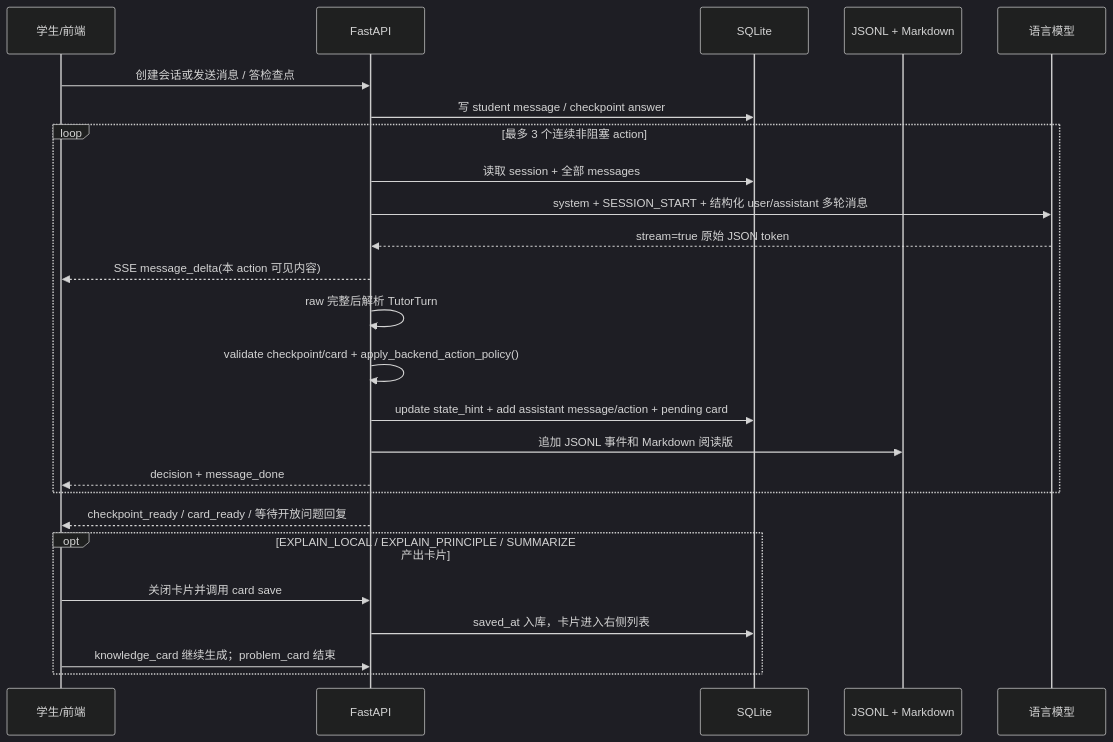
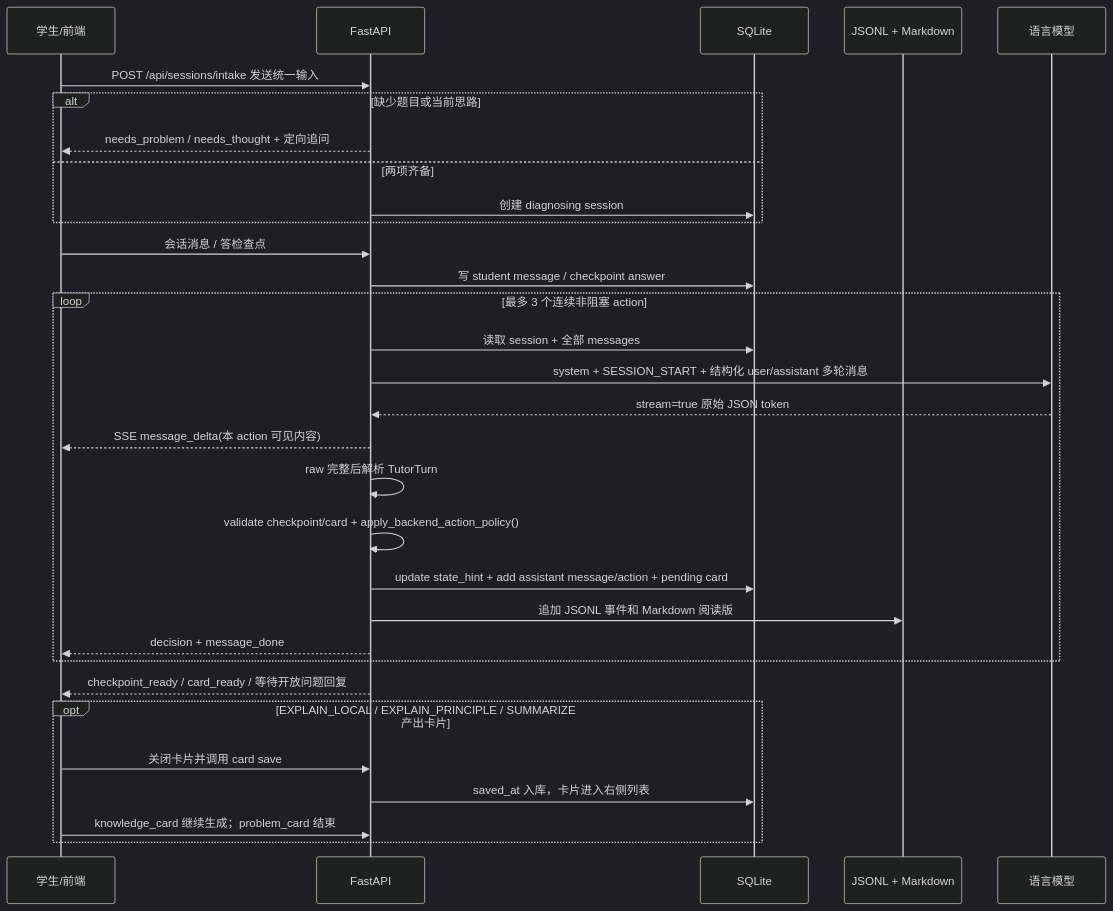
One commit to robbinpanda/Diagnostic-teaching changed the diagram in docs/state-machine.md. Above: the diagram before and after it, drawn with Mermaid (dark theme). The commit also changed other lines of this file and 10 other files, not shown here.

````diff
--- a/docs/state-machine.md
+++ b/docs/state-machine.md
@@ -20,28 +20,34 @@
 ```mermaid
 sequenceDiagram
   participant Student as 学生/前端
   participant API as FastAPI
   participant DB as SQLite
   participant Log as JSONL + Markdown
   participant LLM as 语言模型
 
-  Student->>API: 创建会话或发送消息 / 答检查点
+  Student->>API: POST /api/sessions/intake 发送统一输入
+  alt 缺少题目或当前思路
+    API-->>Student: needs_problem / needs_thought + 定向追问
+  else 两项齐备
+    API->>DB: 创建 diagnosing session
+  end
+  Student->>API: 会话消息 / 答检查点
   API->>DB: 写 student message / checkpoint answer
   loop 最多 3 个连续非阻塞 action
     API->>DB: 读取 session + 全部 messages
     API->>LLM: system + SESSION_START + 结构化 user/assistant 多轮消息
     LLM-->>API: stream=true 原始 JSON token
     API-->>Student: SSE message_delta(本 action 可见内容)
     API->>API: raw 完整后解析 TutorTurn
     API->>API: validate checkpoint/card + apply_backend_action_policy()
     API->>DB: update state_hint + add assistant message/action + pending card
     API->>Log: 追加 JSONL 事件和 Markdown 阅读版
     API-->>Student: decision + message_done
   end
   API-->>Student: checkpoint_ready / card_ready / 等待开放问题回复
   opt EXPLAIN_LOCAL / EXPLAIN_PRINCIPLE / SUMMARIZE 产出卡片
     Student->>API: 关闭卡片并调用 card save
     API->>DB: saved_at 入库，卡片进入右侧列表
     Student->>API: knowledge_card 继续生成；problem_card 结束
   end
 ```
````
